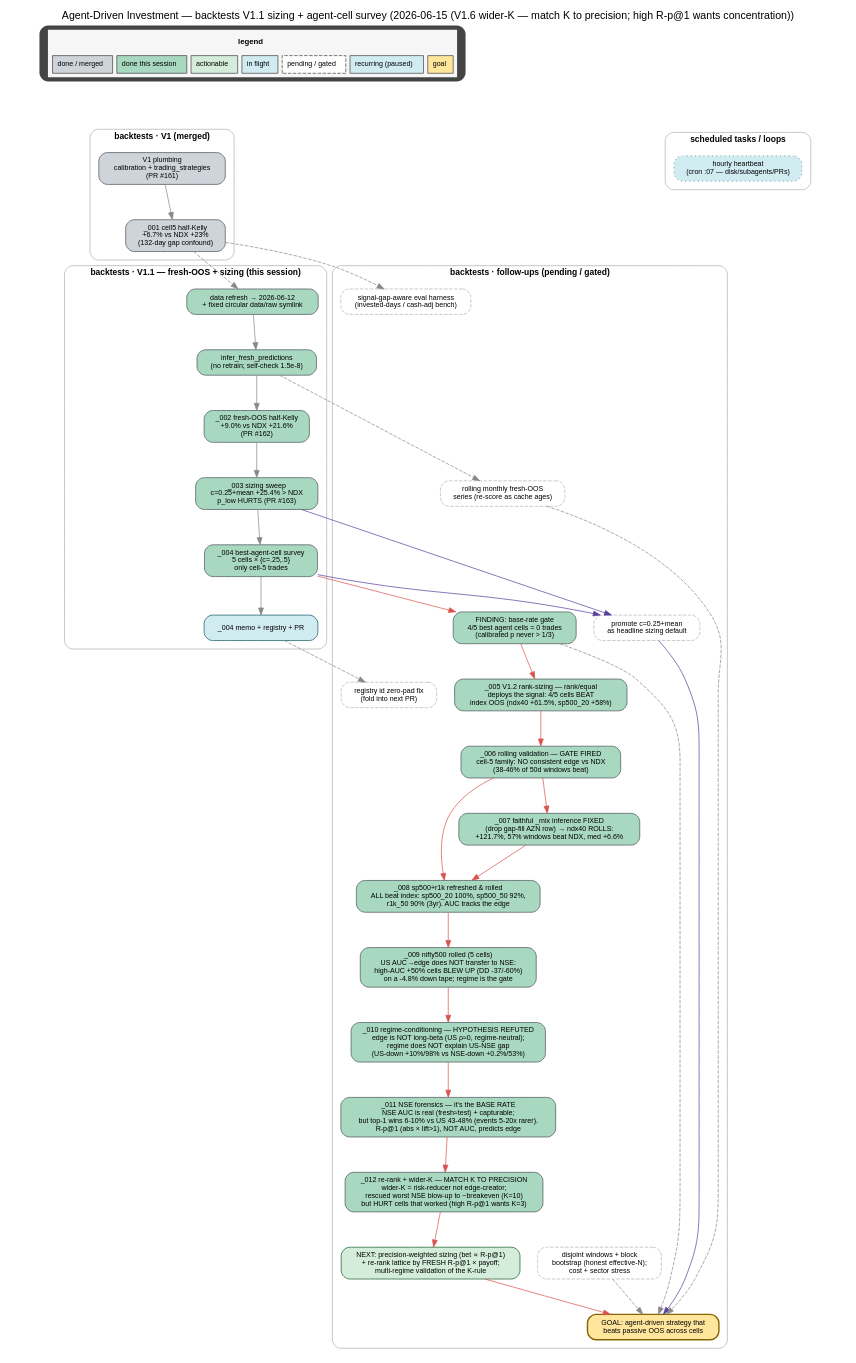
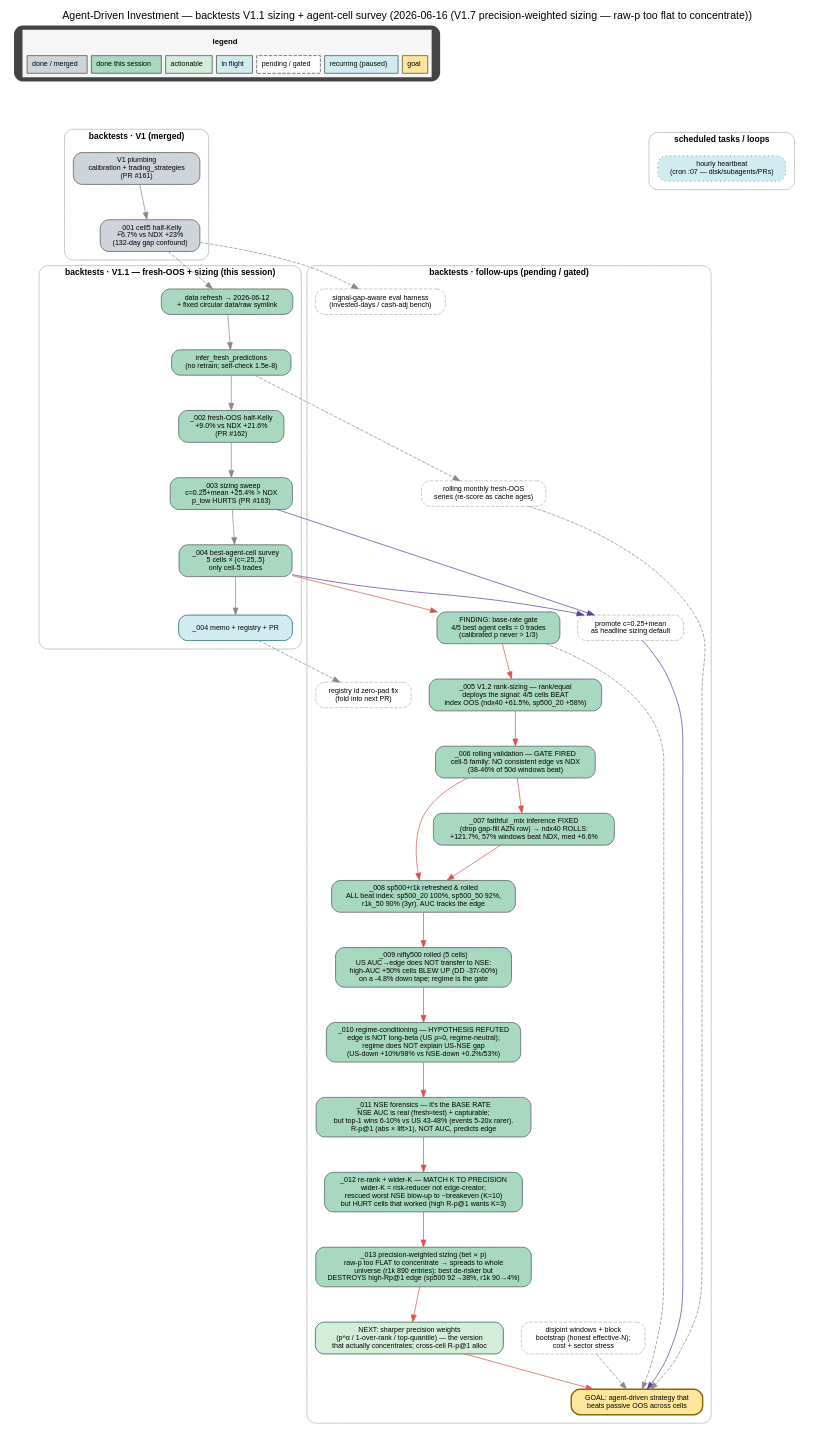
Before and after one commit to shayanrc/agent-driven-investment: the diagram in docs/backtests/figs/deps_graph.dot, drawn with Graphviz. The commit also changed 38 other files, not shown here.

```diff
--- a/docs/backtests/figs/deps_graph.dot
+++ b/docs/backtests/figs/deps_graph.dot
@@ -1,108 +1,110 @@
 digraph deps {
   rankdir=TB;
   newrank=true;
   graph [fontname="Helvetica", bgcolor="white", splines=true, nodesep=0.35, ranksep=0.7,
          labelloc="t", fontsize=15,
-         label="Agent-Driven Investment — backtests V1.1 sizing + agent-cell survey (2026-06-15 (V1.6 wider-K — match K to precision; high R-p@1 wants concentration))"];
+         label="Agent-Driven Investment — backtests V1.1 sizing + agent-cell survey (2026-06-16 (V1.7 precision-weighted sizing — raw-p too flat to concentrate))"];
   node [shape=box, style="rounded,filled", fontname="Helvetica", fontsize=10, margin="0.16,0.09", color="#444444"];
   edge [fontname="Helvetica", fontsize=8, color="#888888"];
 
   /* ---------- legend ---------- */
   legend [shape=plaintext, label=<
     <TABLE BORDER="0" CELLBORDER="1" CELLSPACING="6" CELLPADDING="6" BGCOLOR="#f6f6f6">
       <TR><TD COLSPAN="7" BORDER="0"><FONT FACE="Helvetica" POINT-SIZE="11"><B>legend</B></FONT></TD></TR>
       <TR>
         <TD BGCOLOR="#ced4da"><FONT FACE="Helvetica" POINT-SIZE="10">done / merged</FONT></TD>
         <TD BGCOLOR="#a8d8c0"><FONT FACE="Helvetica" POINT-SIZE="10">done this session</FONT></TD>
         <TD BGCOLOR="#d4edda"><FONT FACE="Helvetica" POINT-SIZE="10">actionable</FONT></TD>
         <TD BGCOLOR="#d1ecf1"><FONT FACE="Helvetica" POINT-SIZE="10">in flight</FONT></TD>
         <TD BGCOLOR="#ffffff" STYLE="dashed"><FONT FACE="Helvetica" POINT-SIZE="10">pending / gated</FONT></TD>
         <TD BGCOLOR="#d1ecf1"><FONT FACE="Helvetica" POINT-SIZE="10">recurring (paused)</FONT></TD>
         <TD BGCOLOR="#ffe69c"><FONT FACE="Helvetica" POINT-SIZE="10">goal</FONT></TD>
       </TR>
     </TABLE>
   >];
   spacer_L [shape=point, width=0.01, style=invis];
   spacer_C [shape=point, width=0.01, style=invis];
   spacer_R [shape=point, width=0.01, style=invis];
   {rank=min;  legend;}
   {rank=same; spacer_L; spacer_C; spacer_R;}
   legend -> spacer_L [style=invis, weight=1];
   legend -> spacer_C [style=invis, weight=100];
   legend -> spacer_R [style=invis, weight=1];
 
   /* ---------- cluster: V1 (merged) ---------- */
   subgraph cluster_v1 { label="backtests · V1 (merged)"; labelloc="t"; fontsize=12; fontname="Helvetica-Bold"; style="rounded"; color="#b0b0b0"; margin=12;
     PLUMBING [label="V1 plumbing\ncalibration + trading_strategies\n(PR #161)", fillcolor="#ced4da", color="#495057"];
     M001 [label="_001 cell5 half-Kelly\n+6.7% vs NDX +23%\n(132-day gap confound)", fillcolor="#ced4da", color="#495057"];
   }
 
   /* ---------- cluster: V1.1 this session ---------- */
   subgraph cluster_session { label="backtests · V1.1 — fresh-OOS + sizing (this session)"; labelloc="t"; fontsize=12; fontname="Helvetica-Bold"; style="rounded"; color="#b0b0b0"; margin=12;
     REFRESH [label="data refresh → 2026-06-12\n+ fixed circular data/raw symlink", fillcolor="#a8d8c0", color="#495057"];
     INFER [label="infer_fresh_predictions\n(no retrain; self-check 1.5e-8)", fillcolor="#a8d8c0", color="#495057"];
     M002 [label="_002 fresh-OOS half-Kelly\n+9.0% vs NDX +21.6%\n(PR #162)", fillcolor="#a8d8c0", color="#495057"];
     M003 [label="_003 sizing sweep\nc=0.25+mean +25.4% > NDX\np_low HURTS (PR #163)", fillcolor="#a8d8c0", color="#495057"];
     M004 [label="_004 best-agent-cell survey\n5 cells × {c=.25,.5}\nonly cell-5 trades", fillcolor="#a8d8c0", color="#495057"];
     M004DOC [label="_004 memo + registry + PR", fillcolor="#d1ecf1", color="#0c5460"];
   }
 
   /* ---------- cluster: follow-ups (pending) ---------- */
   subgraph cluster_follow { label="backtests · follow-ups (pending / gated)"; labelloc="t"; fontsize=12; fontname="Helvetica-Bold"; style="rounded"; color="#b0b0b0"; margin=12;
     PROMOTE [label="promote c=0.25+mean\nas headline sizing default", fillcolor="#ffffff", color="#adb5bd", style="rounded,filled,dashed"];
     BREAKEVEN [label="FINDING: base-rate gate\n4/5 best agent cells = 0 trades\n(calibrated p never > 1/3)", fillcolor="#a8d8c0", color="#495057"];
     RANKSIZE [label="_005 V1.2 rank-sizing — rank/equal\ndeploys the signal: 4/5 cells BEAT\nindex OOS (ndx40 +61.5%, sp500_20 +58%)", fillcolor="#a8d8c0", color="#495057"];
     ROLLVAL [label="_006 rolling validation — GATE FIRED\ncell-5 family: NO consistent edge vs NDX\n(38-46% of 50d windows beat)", fillcolor="#a8d8c0", color="#495057"];
     FAITHFUL [label="_007 faithful _mix inference FIXED\n(drop gap-fill AZN row) → ndx40 ROLLS:\n+121.7%, 57% windows beat NDX, med +6.6%", fillcolor="#a8d8c0", color="#495057"];
     UNIREFRESH [label="_008 sp500+r1k refreshed & rolled\nALL beat index: sp500_20 100%, sp500_50 92%,\nr1k_50 90% (3yr). AUC tracks the edge", fillcolor="#a8d8c0", color="#495057"];
     NIFTY [label="_009 nifty500 rolled (5 cells)\nUS AUC→edge does NOT transfer to NSE:\nhigh-AUC +50% cells BLEW UP (DD -37/-60%)\non a -4.8% down tape; regime is the gate", fillcolor="#a8d8c0", color="#495057"];
     REGIME [label="_010 regime-conditioning — HYPOTHESIS REFUTED\nedge is NOT long-beta (US ρ≈0, regime-neutral);\nregime does NOT explain US-NSE gap\n(US-down +10%/98% vs NSE-down +0.2%/53%)", fillcolor="#a8d8c0", color="#495057"];
     FORENSICS [label="_011 NSE forensics — it's the BASE RATE\nNSE AUC is real (fresh≈test) + capturable;\nbut top-1 wins 6-10% vs US 43-48% (events 5-20x rarer).\nR-p@1 (abs × lift>1), NOT AUC, predicts edge", fillcolor="#a8d8c0", color="#495057"];
     RERANK [label="_012 re-rank + wider-K — MATCH K TO PRECISION\nwider-K = risk-reducer not edge-creator;\nrescued worst NSE blow-up to ~breakeven (K=10)\nbut HURT cells that worked (high R-p@1 wants K=3)", fillcolor="#a8d8c0", color="#495057"];
-    PRECW [label="NEXT: precision-weighted sizing (bet ∝ R-p@1)\n+ re-rank lattice by FRESH R-p@1 × payoff;\nmulti-regime validation of the K-rule", fillcolor="#d4edda", color="#155724"];
+    PRECW [label="_013 precision-weighted sizing (bet ∝ p)\nraw-p too FLAT to concentrate → spreads to whole\nuniverse (r1k 890 entries): best de-risker but\nDESTROYS high-Rp@1 edge (sp500 92→38%, r1k 90→4%)", fillcolor="#a8d8c0", color="#495057"];
+    SHARPW [label="NEXT: sharper precision weights\n(p^α / 1-over-rank / top-quantile) — the version\nthat actually concentrates; cross-cell R-p@1 alloc", fillcolor="#d4edda", color="#155724"];
     BOOTSTRAP [label="disjoint windows + block\nbootstrap (honest effective-N);\ncost + sector stress", fillcolor="#ffffff", color="#adb5bd", style="rounded,filled,dashed"];
     ROLLING [label="rolling monthly fresh-OOS\nseries (re-score as cache ages)", fillcolor="#ffffff", color="#adb5bd", style="rounded,filled,dashed"];
     GAPEVAL [label="signal-gap-aware eval harness\n(invested-days / cash-adj bench)", fillcolor="#ffffff", color="#adb5bd", style="rounded,filled,dashed"];
     IDFIX [label="registry id zero-pad fix\n(fold into next PR)", fillcolor="#ffffff", color="#adb5bd", style="rounded,filled,dashed"];
     GOAL [label="GOAL: agent-driven strategy that\nbeats passive OOS across cells", fillcolor="#ffe69c", color="#856404", penwidth=2];
   }
 
   /* ---------- cluster: scheduled ---------- */
   subgraph cluster_sched { label="scheduled tasks / loops"; labelloc="t"; fontsize=12; fontname="Helvetica-Bold"; style="rounded"; color="#b0b0b0"; margin=12;
     WAKE [label="hourly heartbeat\n(cron :07 — disk/subagents/PRs)", fillcolor="#d1ecf1", color="#0c5460", style="rounded,filled,dotted"];
   }
 
   /* anchors: every cluster top node pulled from a spacer */
   spacer_L -> PLUMBING [style=invis, weight=100];
   spacer_C -> REFRESH  [style=invis, weight=100];
   spacer_R -> PROMOTE  [style=invis, weight=100];
   spacer_R -> WAKE     [style=invis, weight=20];
 
   /* ---------- dependency edges ---------- */
   PLUMBING -> M001;
   M001 -> REFRESH [style=dashed];
   REFRESH -> INFER -> M002 -> M003;
   M003 -> M004;
   M004 -> M004DOC;
   M003 -> PROMOTE [color="#5a3e9e"];
   M004 -> PROMOTE [color="#5a3e9e"];
   M004 -> BREAKEVEN [color="#d9534f"];
   BREAKEVEN -> RANKSIZE [color="#d9534f"];
   RANKSIZE -> ROLLVAL [color="#d9534f"];
   ROLLVAL -> FAITHFUL [color="#d9534f"];
   ROLLVAL -> UNIREFRESH [color="#d9534f"];
   FAITHFUL -> UNIREFRESH [color="#d9534f"];
   UNIREFRESH -> NIFTY [color="#d9534f"];
   NIFTY -> REGIME [color="#d9534f"];
   REGIME -> FORENSICS [color="#d9534f"];
   FORENSICS -> RERANK [color="#d9534f"];
   RERANK -> PRECW [color="#d9534f"];
-  PRECW -> GOAL [color="#d9534f"];
+  PRECW -> SHARPW [color="#d9534f"];
+  SHARPW -> GOAL [color="#d9534f"];
   BOOTSTRAP -> GOAL [style=dashed];
   INFER -> ROLLING [style=dashed];
   M001 -> GAPEVAL [style=dashed];
   M004DOC -> IDFIX [style=dashed];
   PROMOTE -> GOAL [color="#5a3e9e"];
   ROLLING -> GOAL [style=dashed];
   BREAKEVEN -> GOAL [style=dashed];
 }
```
